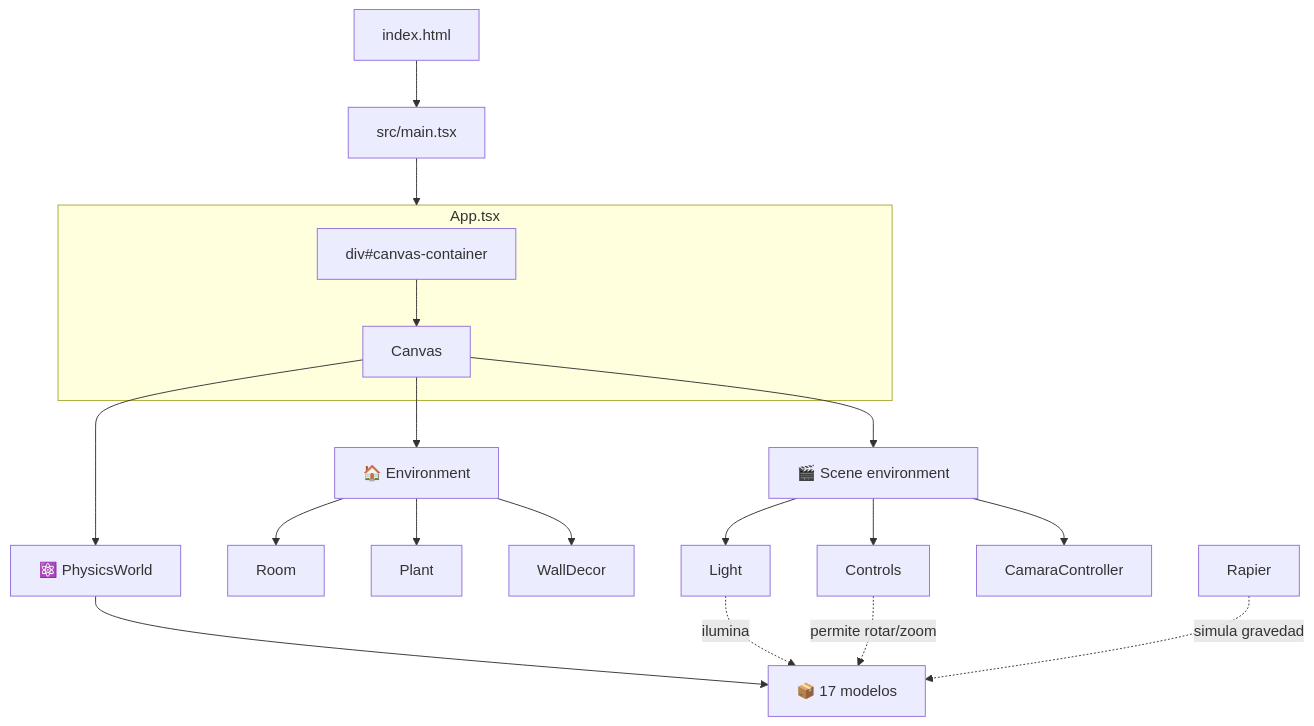
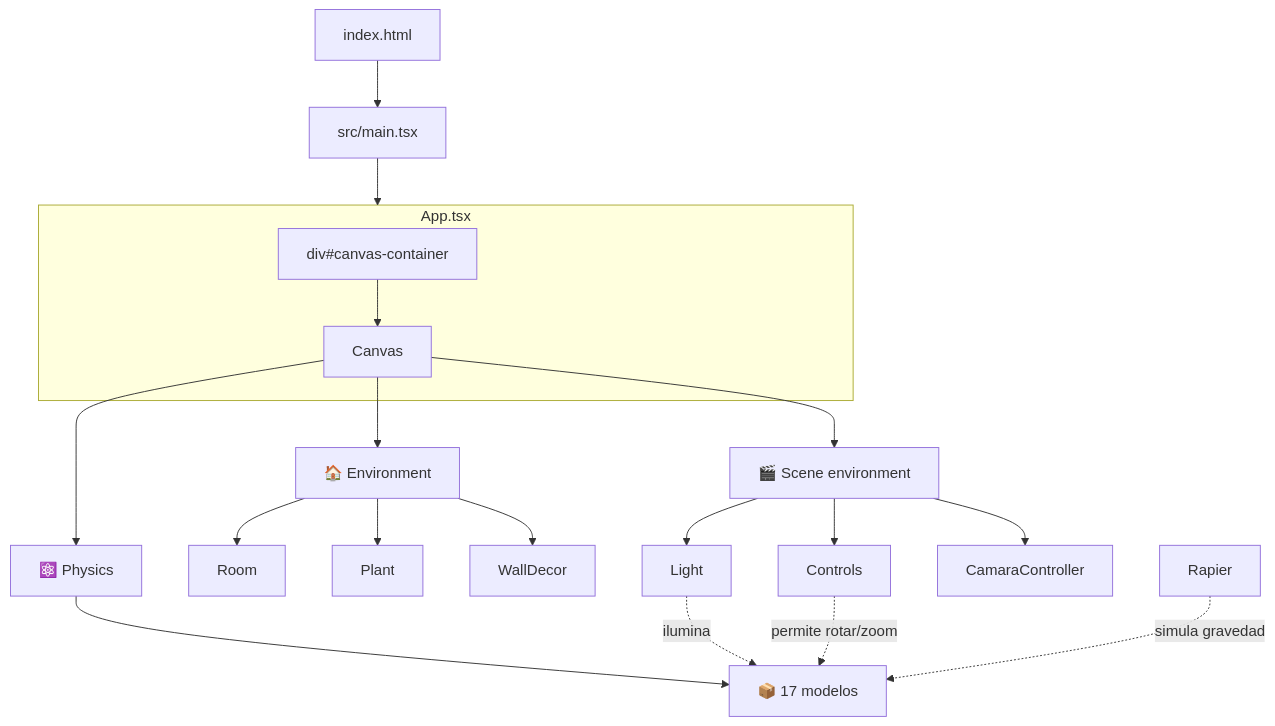
Before and after one commit to Palcojulian/portafolio: the fourth of 4 diagrams in docs/04-escena-3d/sistema-de-escena.md, drawn with Mermaid. The commit also changed other lines of this file, not shown here.

Commit message:
feat: refactor scene structure to use SceneBase and Physics components with lazy loading for improved performance

````diff
--- a/docs/04-escena-3d/sistema-de-escena.md
+++ b/docs/04-escena-3d/sistema-de-escena.md
@@ -170,28 +150,28 @@
 ```mermaid
 graph TB
     HTML[index.html] --> Main[src/main.tsx]
     Main --> App
 
     subgraph App[App.tsx]
         Container[div#canvas-container]
         Canvas
     end
 
     Container --> Canvas
 
-    Canvas --> Physics[⚛️ PhysicsWorld]
+    Canvas --> Physics[⚛️ Physics]
     Canvas --> Env[🏠 Environment]
     Canvas --> Scene[🎬 Scene environment]
 
     Physics --> Models[📦 17 modelos]
     Env --> Room
     Env --> Plant
     Env --> WallDecor
     Scene --> Light
     Scene --> Controls
     Scene --> CamaraController
 
     Light -.ilumina.-> Models
     Controls -.permite rotar/zoom.-> Models
     Rapier -.simula gravedad.-> Models
 ```
````
